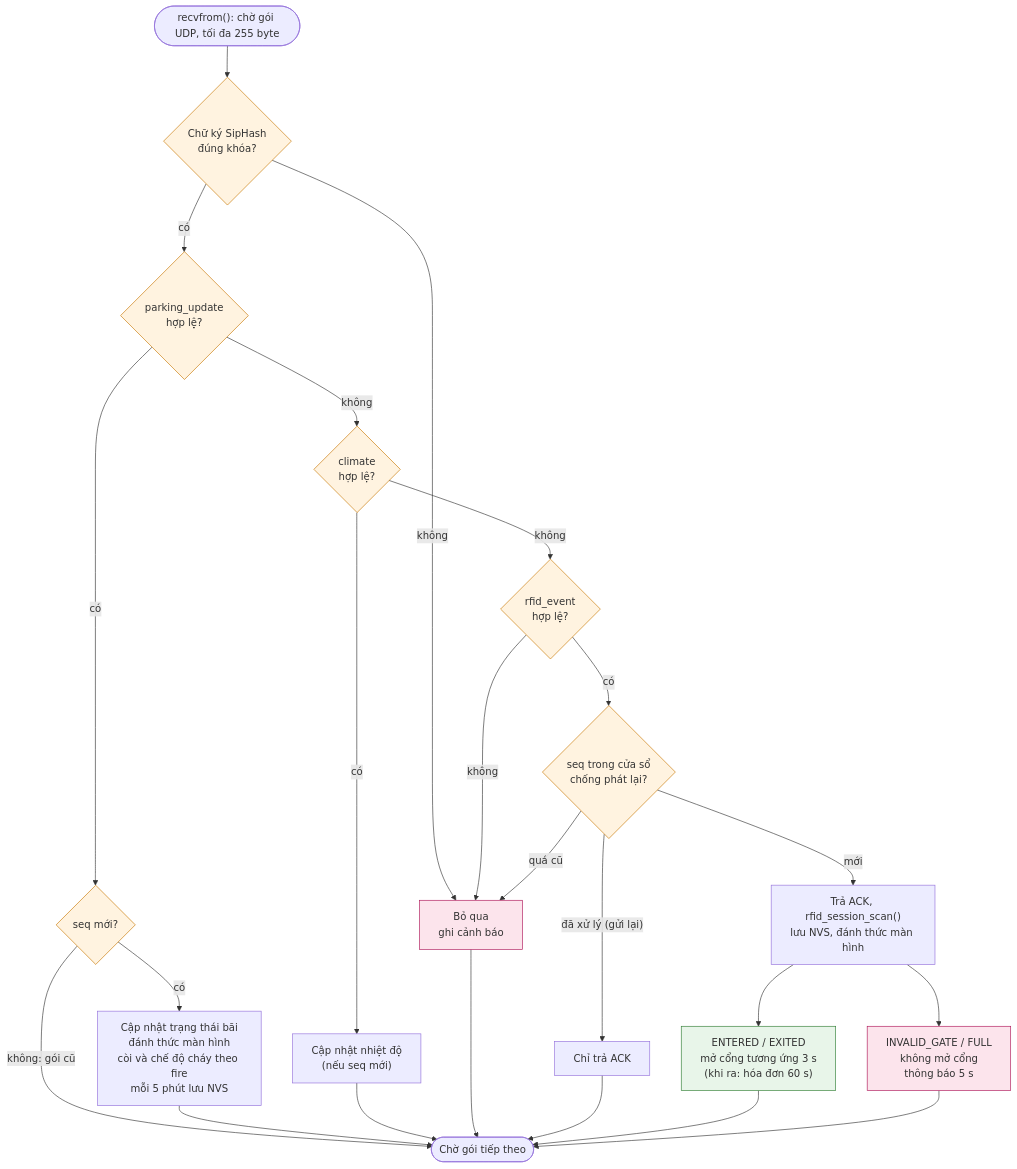
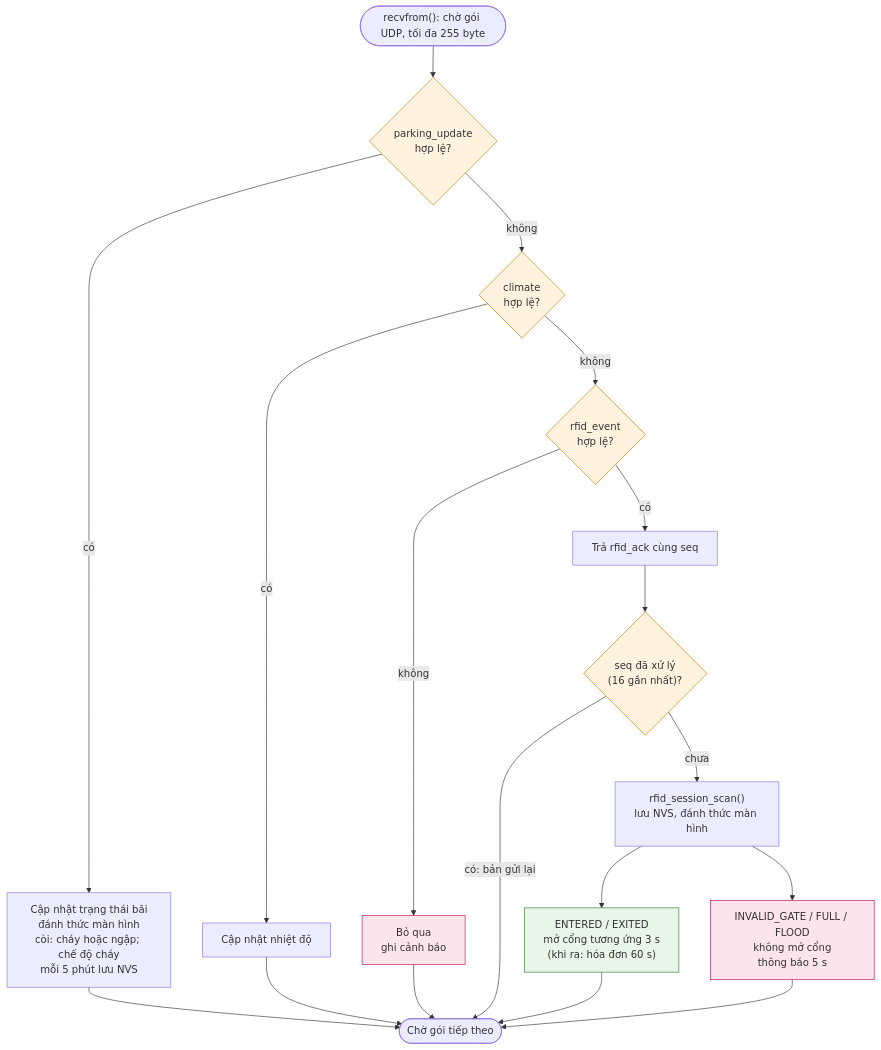
The diagram in report/diagrams/udpflow.mmd (thinhdinh25/INT3108_embedded-Smart-Parking-Project), drawn with Mermaid before and after one commit. The commit also changed 57 other files, not shown here.

First line of the commit message:
Add sensor watchdog, flood alarm, revenue stats; drop UDP signing

```diff
--- a/report/diagrams/udpflow.mmd
+++ b/report/diagrams/udpflow.mmd
@@ -1,22 +1,18 @@
 flowchart TD
-  r(["recvfrom(): chờ gói UDP, tối đa 255 byte"]) --> a1{"Chữ ký SipHash<br/>đúng khóa?"}
-  a1 -- không --> ig["Bỏ qua<br/>ghi cảnh báo"]
-  a1 -- có --> d1{"parking_update<br/>hợp lệ?"}
-  d1 -- có --> w1{"seq mới?"}
-  w1 -- có --> p1["Cập nhật trạng thái bãi<br/>đánh thức màn hình<br/>còi và chế độ cháy theo fire<br/>mỗi 5 phút lưu NVS"]
+  r(["recvfrom(): chờ gói UDP, tối đa 255 byte"]) --> d1{"parking_update<br/>hợp lệ?"}
+  d1 -- có --> p1["Cập nhật trạng thái bãi<br/>đánh thức màn hình<br/>còi: cháy hoặc ngập; chế độ cháy<br/>mỗi 5 phút lưu NVS"]
   d1 -- không --> d3{"climate<br/>hợp lệ?"}
-  d3 -- có --> p3["Cập nhật nhiệt độ<br/>(nếu seq mới)"]
+  d3 -- có --> p3["Cập nhật nhiệt độ"]
   d3 -- không --> d2{"rfid_event<br/>hợp lệ?"}
-  d2 -- không --> ig
-  d2 -- có --> w2{"seq trong cửa sổ<br/>chống phát lại?"}
-  w2 -- "đã xử lý (gửi lại)" --> ack["Chỉ trả ACK"]
-  w2 -- "quá cũ" --> ig
-  w2 -- mới --> sc["Trả ACK, rfid_session_scan()<br/>lưu NVS, đánh thức màn hình"]
+  d2 -- không --> ig["Bỏ qua<br/>ghi cảnh báo"]
+  d2 -- có --> ack["Trả rfid_ack cùng seq"]
+  ack --> w2{"seq đã xử lý<br/>(16 gần nhất)?"}
+  w2 -- "có: bản gửi lại" --> nx
+  w2 -- chưa --> sc["rfid_session_scan()<br/>lưu NVS, đánh thức màn hình"]
   sc --> ok["ENTERED / EXITED<br/>mở cổng tương ứng 3 s<br/>(khi ra: hóa đơn 60 s)"]
-  sc --> rej["INVALID_GATE / FULL<br/>không mở cổng<br/>thông báo 5 s"]
-  w1 -- "không: gói cũ" --> nx
-  p1 & p3 & ig & ack & ok & rej --> nx(["Chờ gói tiếp theo"])
+  sc --> rej["INVALID_GATE / FULL / FLOOD<br/>không mở cổng<br/>thông báo 5 s"]
+  p1 & p3 & ig & ok & rej --> nx(["Chờ gói tiếp theo"])
   classDef dec fill:#FFF3E0,stroke:#C77700;
   classDef bad fill:#FCE4EC,stroke:#AD1457;
   classDef good fill:#E8F5E9,stroke:#2E7D32;
-  class a1,d1,d2,d3,w1,w2 dec; class rej,ig bad; class ok good;
+  class d1,d2,d3,w2 dec; class rej,ig bad; class ok good;
```
